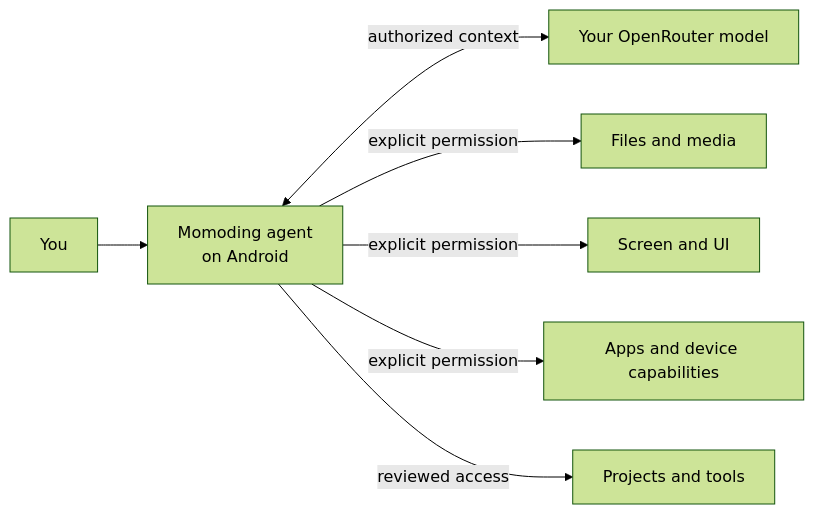
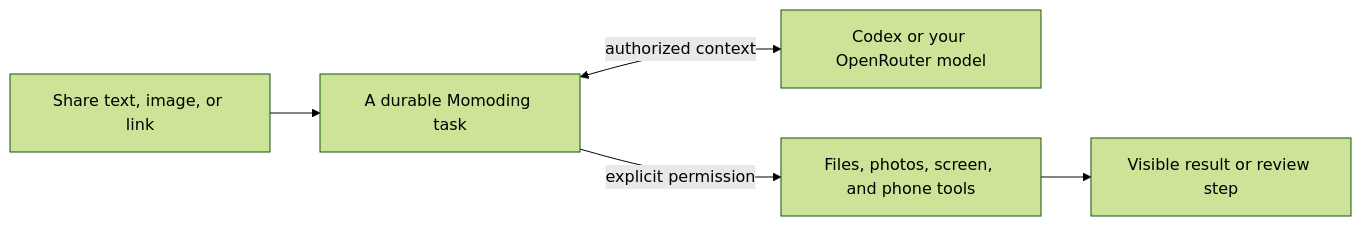
One commit to 1zhangyy1/momoding changed the diagram in README.md. Above: the diagram before and after it, drawn with Mermaid (forest theme). The commit also changed other lines of this file and 1 other file, not shown here.

````diff
--- a/README.md
+++ b/README.md
@@ -75,9 +41,7 @@
 ```mermaid
 flowchart LR
-    user["You"] --> agent["Momoding agent<br/>on Android"]
-    agent <-->|"authorized context"| model["Your OpenRouter model"]
-    agent -->|"explicit permission"| media["Files and media"]
-    agent -->|"explicit permission"| screen["Screen and UI"]
-    agent -->|"explicit permission"| device["Apps and device capabilities"]
-    agent -->|"reviewed access"| projects["Projects and tools"]
+    share["Share text, image, or link"] --> task["A durable Momoding task"]
+    task <-->|"authorized context"| model["Codex or your OpenRouter model"]
+    task -->|"explicit permission"| phone["Files, photos, screen, and phone tools"]
+    phone --> result["Visible result or review step"]
 ```
````
